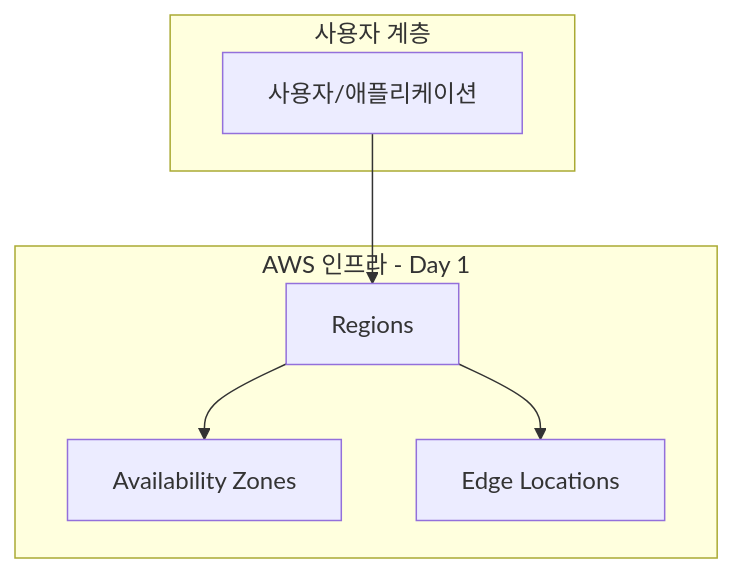
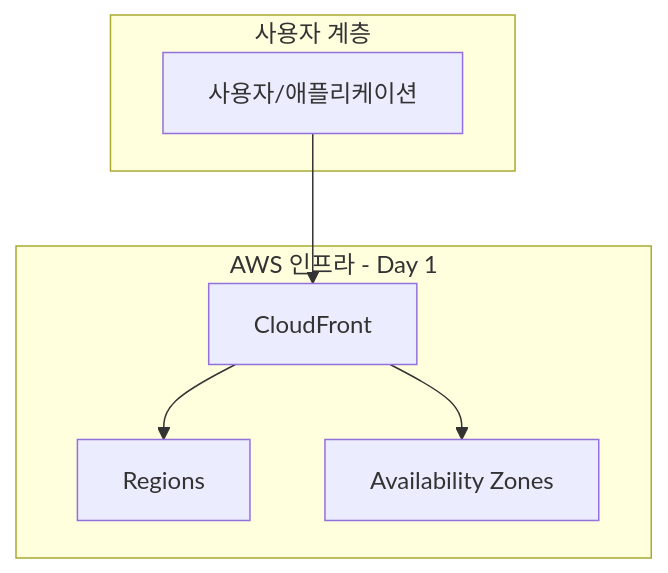
One commit to niceguy61/lecture_maker changed the first of 3 diagrams in aws-saa-study-materials/week1/day1/advanced/case-study.md. Above: the diagram before and after it, drawn with Mermaid. The commit also changed other lines of this file and 2 other files, not shown here.

````diff
--- a/aws-saa-study-materials/week1/day1/advanced/case-study.md
+++ b/aws-saa-study-materials/week1/day1/advanced/case-study.md
@@ -62,17 +62,17 @@
 ```mermaid
 graph TB
     subgraph "사용자 계층"
         Users[사용자/애플리케이션]
     end
     
     subgraph "AWS 인프라 - Day 1"
-        A[Regions]
-        B1[Availability Zones]
-        B2[Edge Locations]
+        A[CloudFront]
+        B1[Regions]
+        B2[Availability Zones]
     end
 
     Users --> A
     A --> B1
     A --> B2
 
 ```
````
